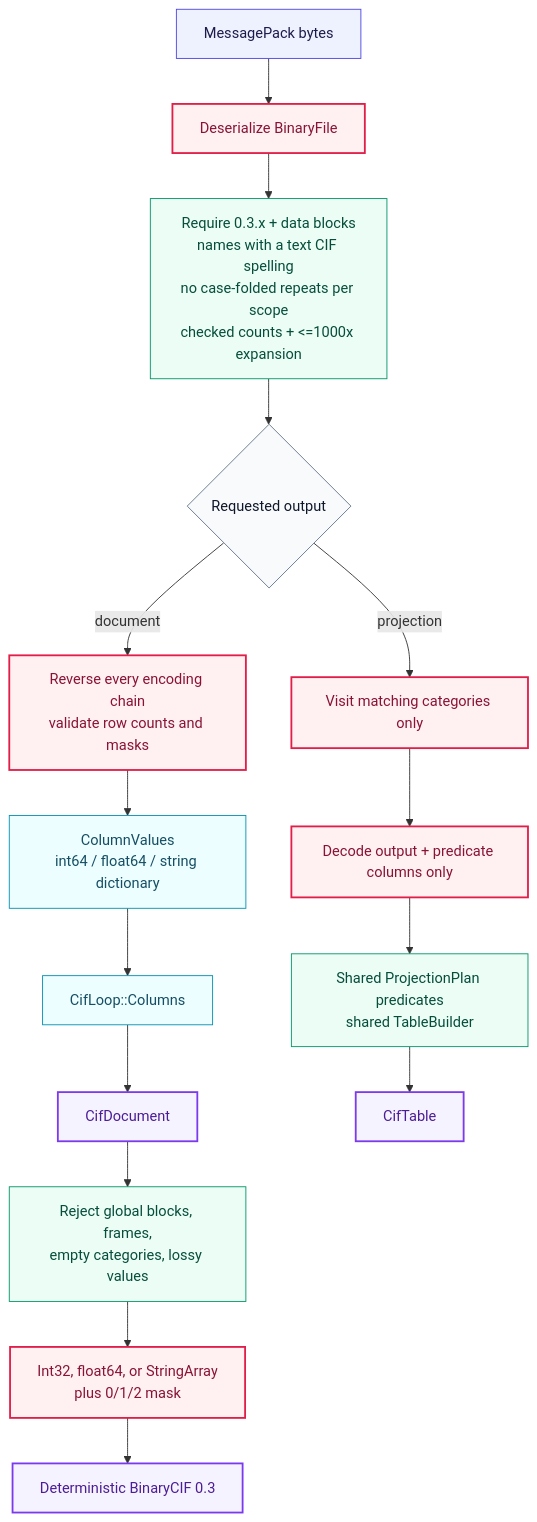
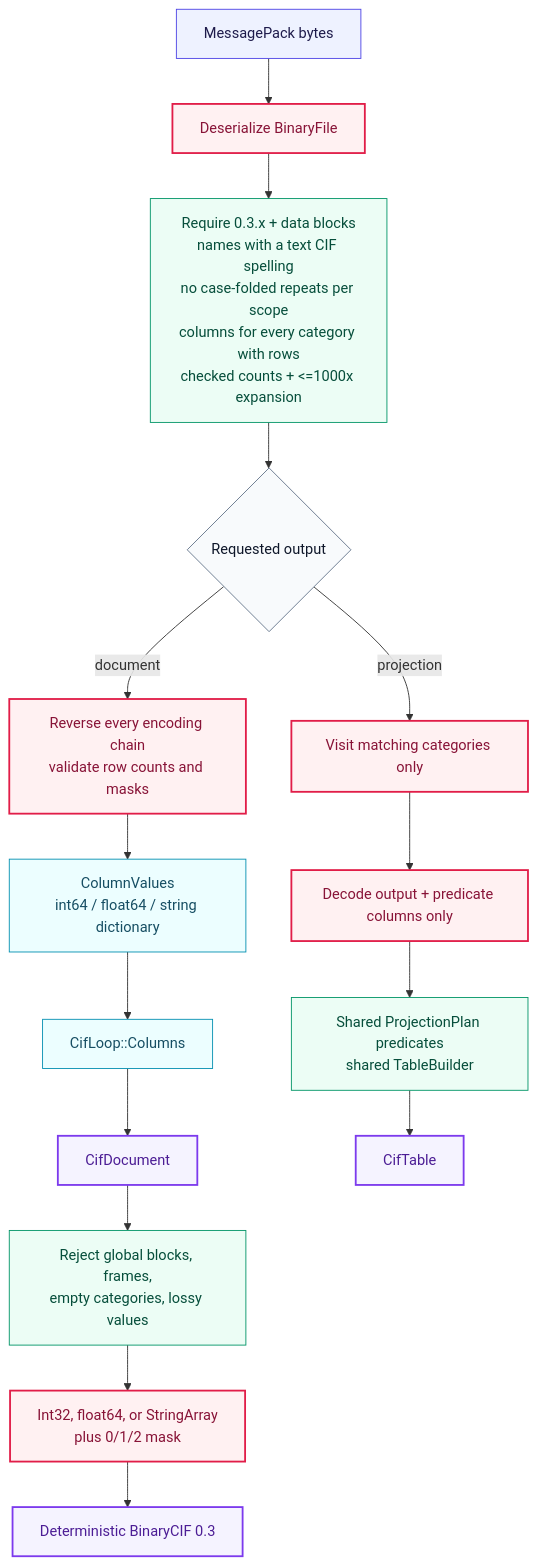
One commit to jamaliki/Nibbler changed the ninth of 10 diagrams in src/cif/README.md. Above: the diagram before and after it, drawn with Mermaid. The commit also changed 2 other files, not shown here.

````diff
--- a/src/cif/README.md
+++ b/src/cif/README.md
@@ -328,27 +328,27 @@
 ```mermaid
 flowchart TB
     RAW["MessagePack bytes"]:::input --> DECODE["Deserialize BinaryFile"]:::hot
-    DECODE --> SHAPE["Require 0.3.x + data blocks<br/>names with a text CIF spelling<br/>no case-folded repeats per scope<br/>checked counts + <=1000x expansion"]:::proof
+    DECODE --> SHAPE["Require 0.3.x + data blocks<br/>names with a text CIF spelling<br/>no case-folded repeats per scope<br/>columns for every category with rows<br/>checked counts + <=1000x expansion"]:::proof
     SHAPE --> MODE{"Requested output"}:::decision
 
     MODE -- document --> ALL["Reverse every encoding chain<br/>validate row counts and masks"]:::hot
     ALL --> COLS["ColumnValues<br/>int64 / float64 / string dictionary"]:::data
     COLS --> LOOPS["CifLoop::Columns"]:::data
     LOOPS --> DOC["CifDocument"]:::output
 
     MODE -- projection --> MATCH["Visit matching categories only"]:::hot
     MATCH --> SELECT["Decode output + predicate columns only"]:::hot
     SELECT --> FILTER["Shared ProjectionPlan predicates<br/>shared TableBuilder"]:::proof
     FILTER --> TABLE["CifTable"]:::output
 
     DOC --> WRITE["Reject global blocks, frames,<br/>empty categories, lossy values"]:::proof
     WRITE --> ENCODE["Int32, float64, or StringArray<br/>plus 0/1/2 mask"]:::hot
     ENCODE --> OUT["Deterministic BinaryCIF 0.3"]:::output
 
     classDef input fill:#eef2ff,stroke:#4f46e5,color:#1e1b4b;
     classDef decision fill:#f8fafc,stroke:#64748b,color:#0f172a;
     classDef hot fill:#fff1f2,stroke:#e11d48,color:#881337,stroke-width:2px;
     classDef proof fill:#ecfdf5,stroke:#059669,color:#064e3b;
     classDef data fill:#ecfeff,stroke:#0891b2,color:#164e63;
     classDef output fill:#f5f3ff,stroke:#7c3aed,color:#4c1d95,stroke-width:2px;
 ```
````
